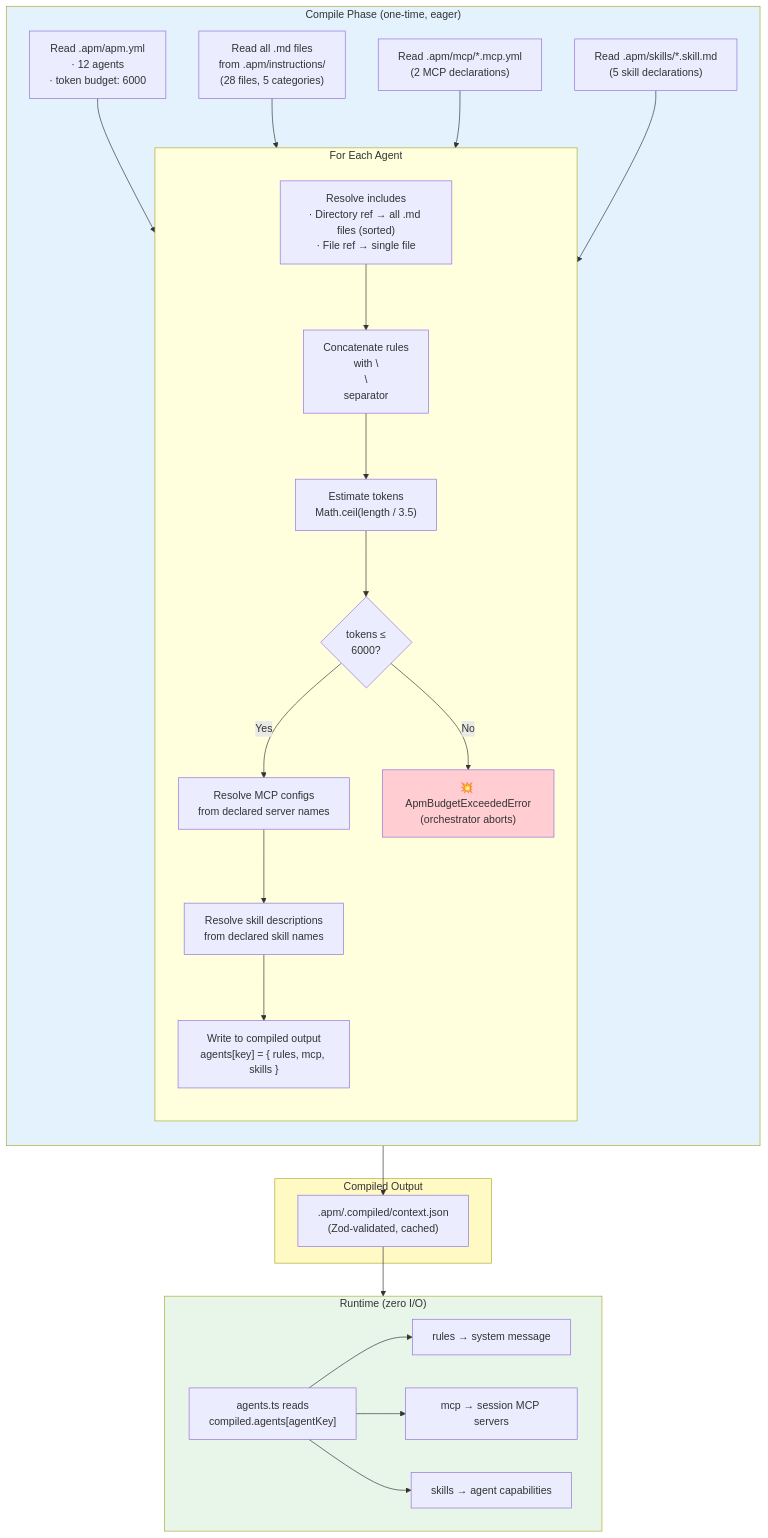
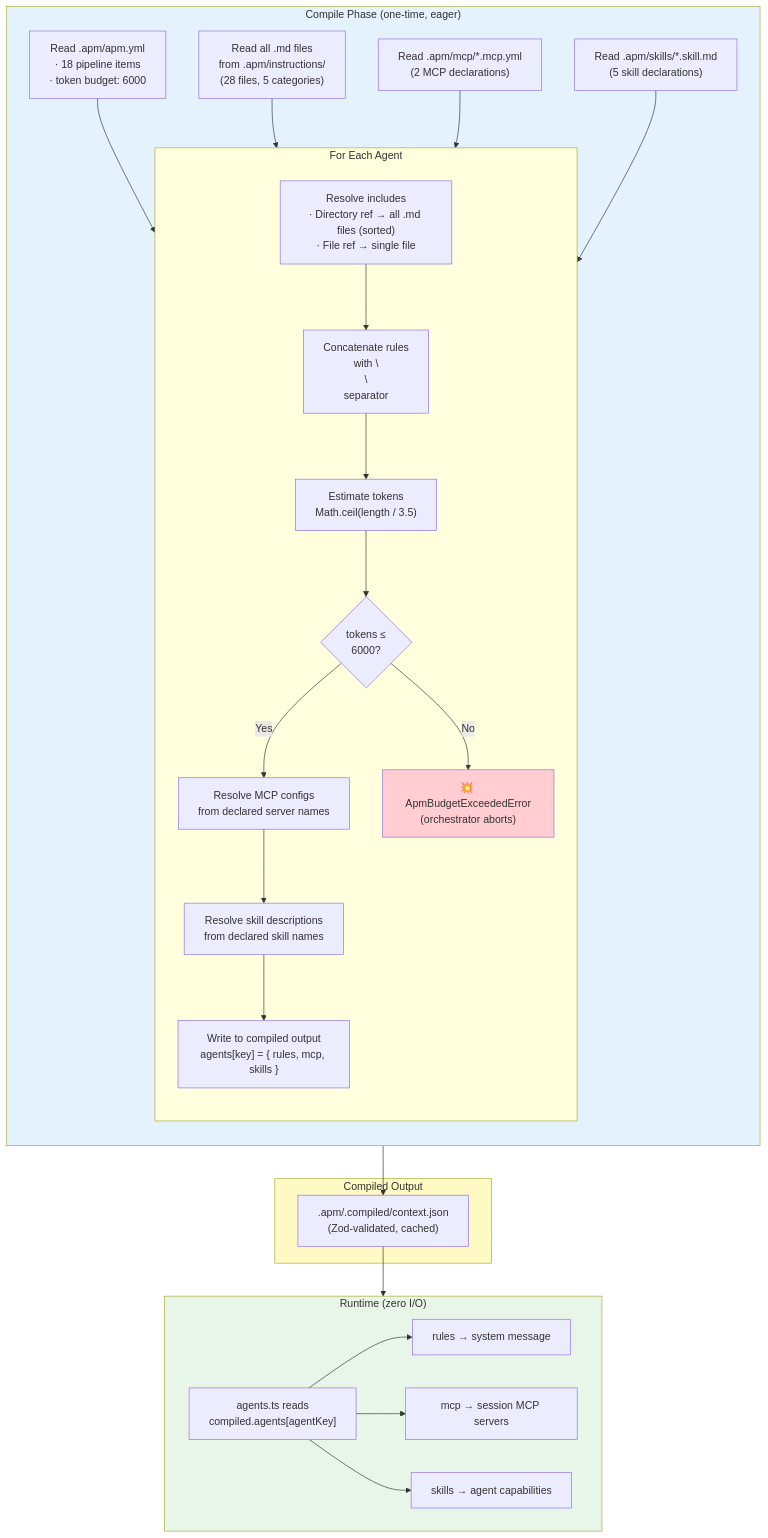
Before and after one commit to RomanKaliupinMelonusa/DAGent-t: the first of 6 diagrams in tools/autonomous-factory/docs/03-apm-context.md, drawn with Mermaid. The commit also changed other lines of this file and 5 other files, not shown here.

````diff
--- a/tools/autonomous-factory/docs/03-apm-context.md
+++ b/tools/autonomous-factory/docs/03-apm-context.md
@@ -11,47 +11,47 @@
 ```mermaid
 flowchart TD
     subgraph COMPILE["Compile Phase (one-time, eager)"]
         direction TB
-        M["Read .apm/apm.yml\n· 12 agents\n· token budget: 6000"]
+        M["Read .apm/apm.yml\n· 18 pipeline items\n· token budget: 6000"]
         R["Read all .md files\nfrom .apm/instructions/\n(28 files, 5 categories)"]
         MCP["Read .apm/mcp/*.mcp.yml\n(2 MCP declarations)"]
         SK["Read .apm/skills/*.skill.md\n(5 skill declarations)"]
         M --> FOR
 
         subgraph FOR["For Each Agent"]
             direction TB
             INC["Resolve includes\n· Directory ref → all .md files (sorted)\n· File ref → single file"]
             CAT["Concatenate rules\nwith \\n\\n separator"]
             TOK["Estimate tokens\nMath.ceil(length / 3.5)"]
             VAL{"tokens ≤\n6000?"}
             MCPR["Resolve MCP configs\nfrom declared server names"]
             SKR["Resolve skill descriptions\nfrom declared skill names"]
             CACHE["Write to compiled output\nagents[key] = { rules, mcp, skills }"]
             INC --> CAT --> TOK --> VAL
             VAL -->|"Yes"| MCPR --> SKR --> CACHE
             VAL -->|"No"| FATAL["💥 ApmBudgetExceededError\n(orchestrator aborts)"]
         end
     end
 
     subgraph OUTPUT["Compiled Output"]
         JSON[".apm/.compiled/context.json\n(Zod-validated, cached)"]
     end
 
     subgraph RUNTIME["Runtime (zero I/O)"]
         REQ["agents.ts reads\ncompiled.agents[agentKey]"]
         RULES["rules → system message"]
         MCPRT["mcp → session MCP servers"]
         SKILLS["skills → agent capabilities"]
         REQ --> RULES & MCPRT & SKILLS
     end
 
     R --> FOR
     MCP --> FOR
     SK --> FOR
     CACHE --> JSON --> RUNTIME
 
     style COMPILE fill:#e3f2fd
     style OUTPUT fill:#fff9c4
     style RUNTIME fill:#e8f5e9
     style FATAL fill:#ffcdd2
 ```
````
